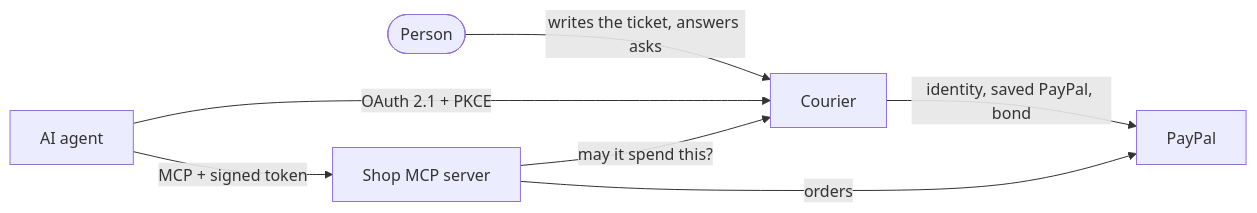
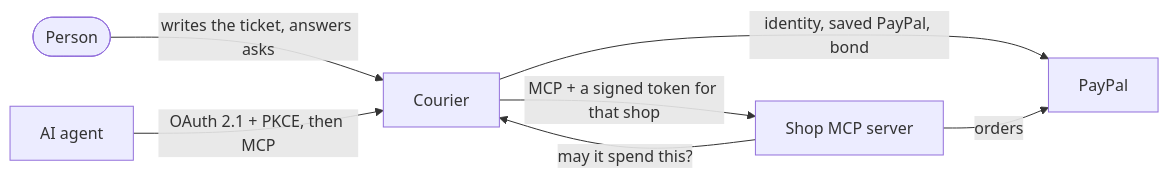
One commit to Djbrl/courier changed the first of 3 diagrams in docs/architecture.md. Above: the diagram before and after it, drawn with Mermaid. The commit also changed other lines of this file and 33 other files, not shown here.

````diff
--- a/docs/architecture.md
+++ b/docs/architecture.md
@@ -6,9 +6,9 @@
 ```mermaid
 flowchart LR
     Person([Person]) -- "writes the ticket, answers asks" --> Courier
-    Agent[AI agent] -- "OAuth 2.1 + PKCE" --> Courier
-    Agent -- "MCP + signed token" --> Shop[Shop MCP server]
+    Agent[AI agent] -- "OAuth 2.1 + PKCE, then MCP" --> Courier
+    Courier -- "MCP + a signed token for that shop" --> Shop[Shop MCP server]
     Shop -- "may it spend this?" --> Courier
     Courier -- "identity, saved PayPal, bond" --> PayPal
     Shop -- "orders" --> PayPal
 ```
````
